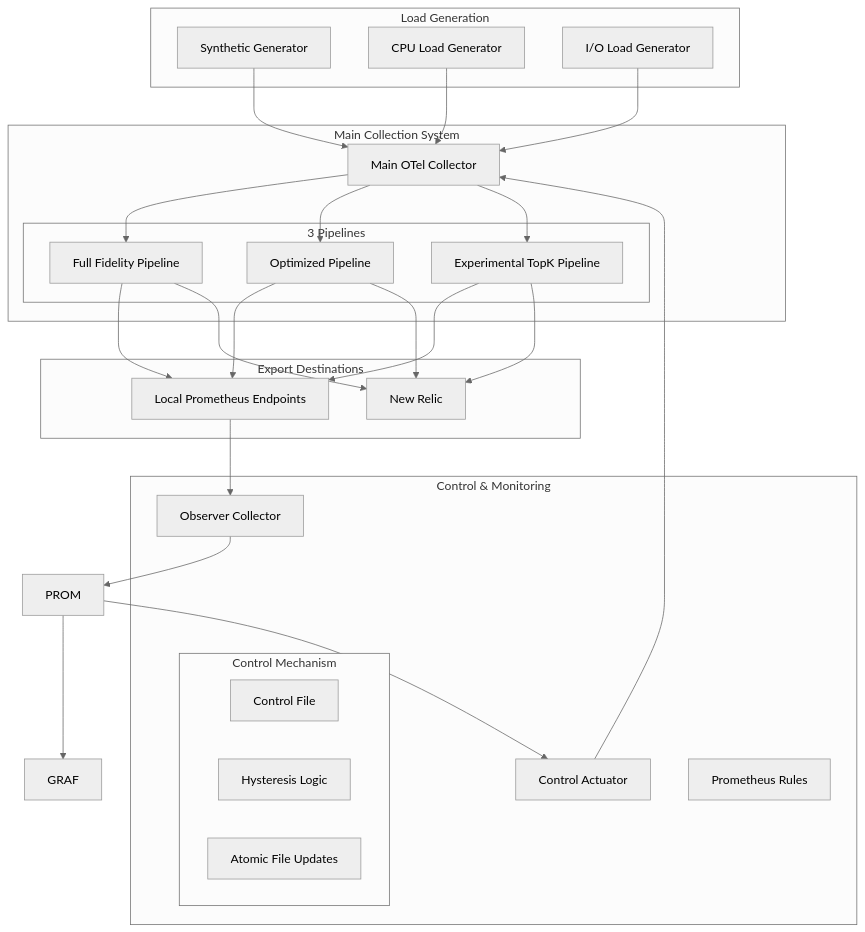
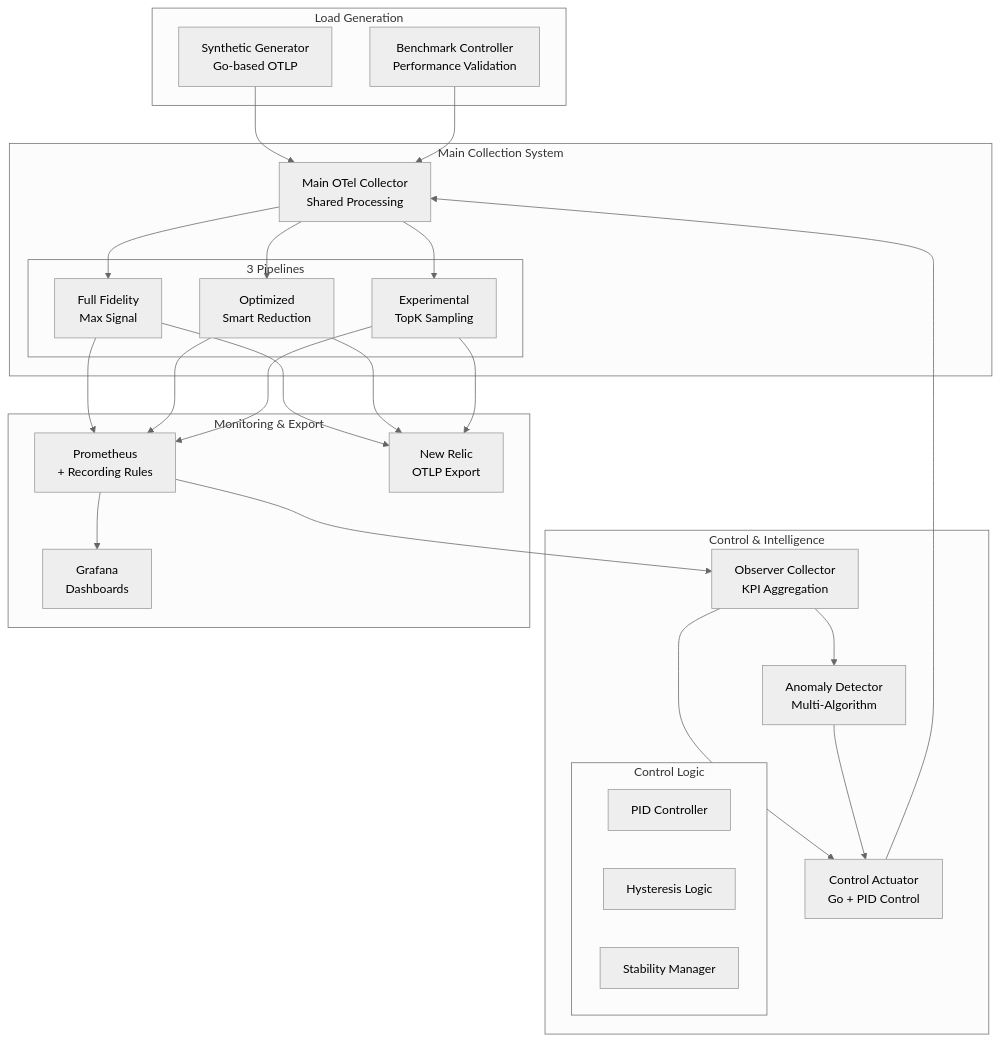
Before and after one commit to deepaucksharma/Phoenix: the diagram in docs/ARCHITECTURE.md, drawn with Mermaid (neutral theme). The commit also changed other lines of this file and 5 other files, not shown here.

````diff
--- a/docs/ARCHITECTURE.md
+++ b/docs/ARCHITECTURE.md
@@ -11,55 +11,56 @@
 ```mermaid
 graph TB
     subgraph "Load Generation"
-        SG[Synthetic Generator]
-        CPU[CPU Load Generator]
-        IO[I/O Load Generator]
+        SG[Synthetic Generator<br/>Go-based OTLP]
+        BM[Benchmark Controller<br/>Performance Validation]
     end
     
     subgraph "Main Collection System"
-        MC[Main OTel Collector]
+        MC[Main OTel Collector<br/>Shared Processing]
         subgraph "3 Pipelines"
-            P1[Full Fidelity Pipeline]
-            P2[Optimized Pipeline]
-            P3[Experimental TopK Pipeline]
+            P1[Full Fidelity<br/>Max Signal]
+            P2[Optimized<br/>Smart Reduction]
+            P3[Experimental<br/>TopK Sampling]
         end
     end
     
-    subgraph "Control & Monitoring"
-        OC[Observer Collector]
-        CA[Control Actuator]
-        PR[Prometheus Rules]
-        subgraph "Control Mechanism"
-            CF[Control File]
+    subgraph "Control & Intelligence"
+        OC[Observer Collector<br/>KPI Aggregation]
+        CA[Control Actuator<br/>Go + PID Control]
+        AD[Anomaly Detector<br/>Multi-Algorithm]
+        subgraph "Control Logic"
+            PID[PID Controller]
             HYS[Hysteresis Logic]
-            ATF[Atomic File Updates]
+            STB[Stability Manager]
         end
     end
     
-    subgraph "Export Destinations"
-        NR[New Relic]
-        LOCAL[Local Prometheus Endpoints]
+    subgraph "Monitoring & Export"
+        PR[Prometheus<br/>+ Recording Rules]
+        GF[Grafana<br/>Dashboards]
+        NR[New Relic<br/>OTLP Export]
     end
     
     SG --> MC
-    CPU --> MC
-    IO --> MC
+    BM --> MC
     
     MC --> P1
     MC --> P2
     MC --> P3
     
-    P1 --> LOCAL
-    P2 --> LOCAL
-    P3 --> LOCAL
+    P1 --> PR
+    P2 --> PR
+    P3 --> PR
     
     P1 --> NR
     P2 --> NR
     P3 --> NR
     
-    LOCAL --> OC
-    OC --> PROM
-    PROM --> CA
-    PROM --> GRAF
+    PR --> OC
+    OC --> CA
+    OC --> AD
     CA --> MC
+    AD --> CA
+    
+    PR --> GF
 ```
````
